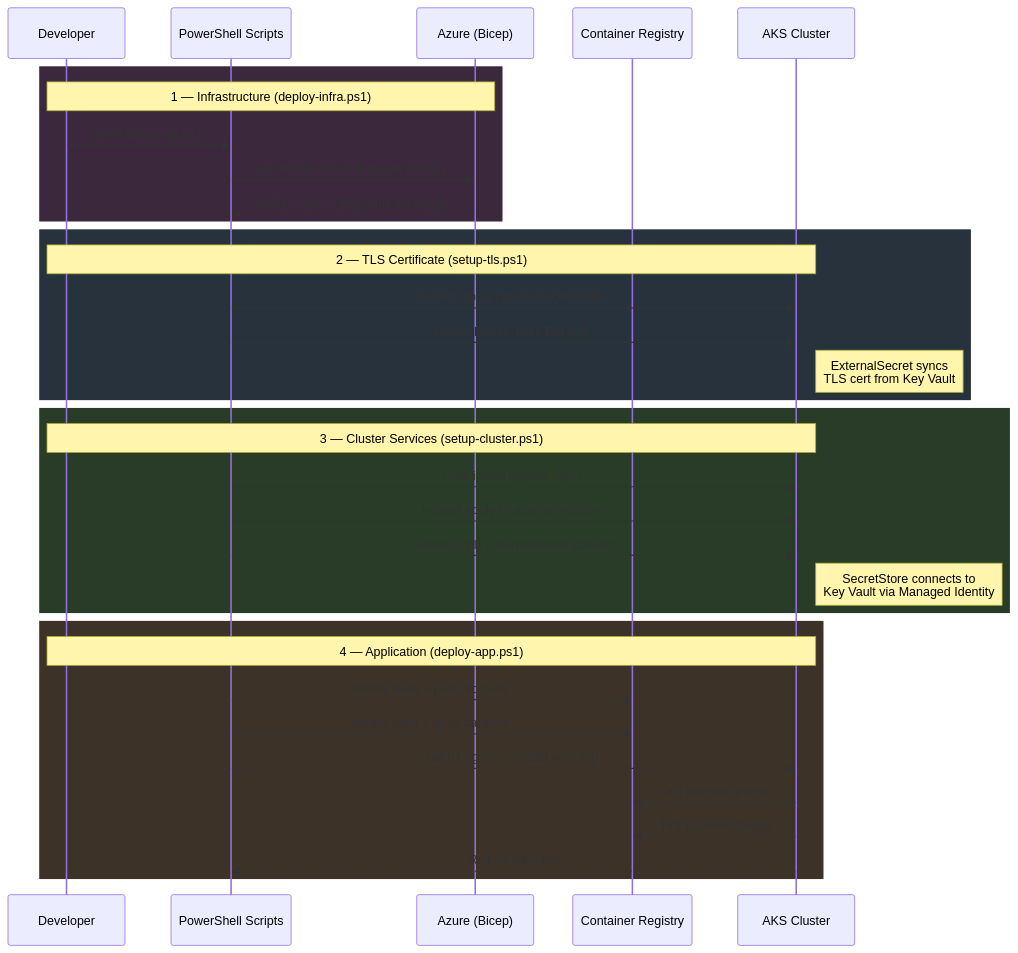
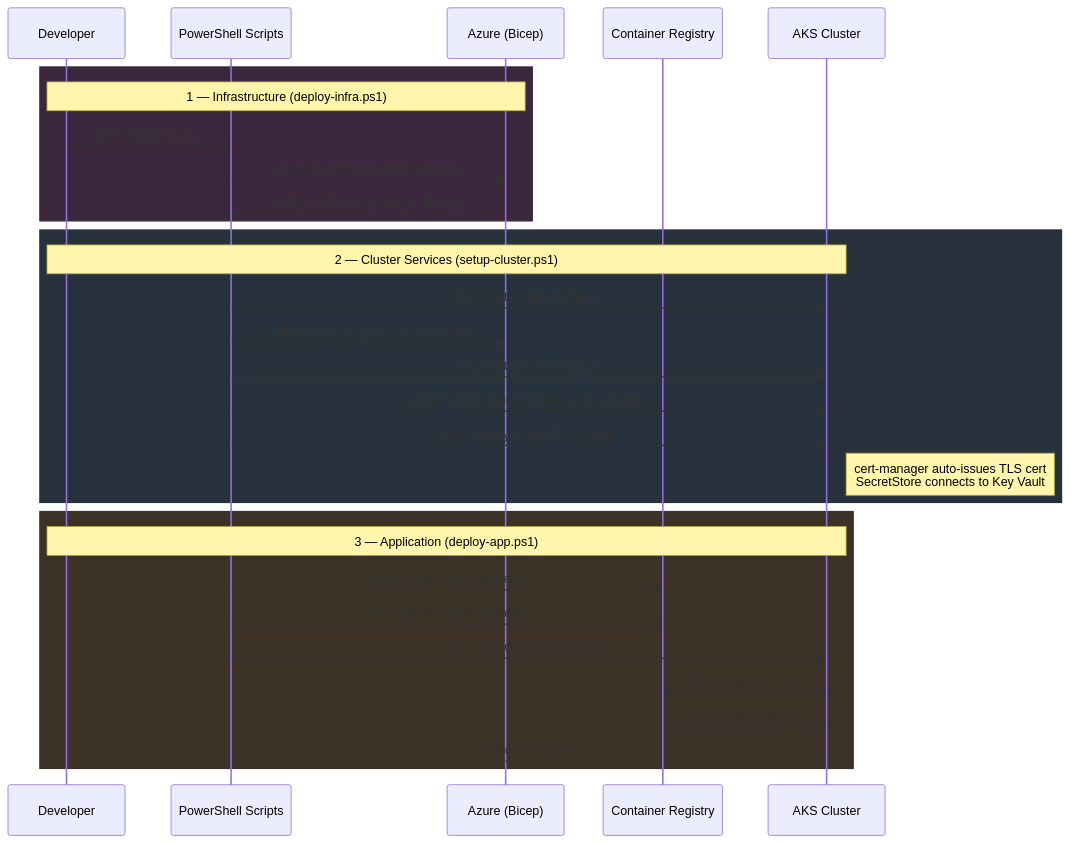
Before and after one commit to jagasafari/longevity: the second of 3 diagrams in infra/README.md, drawn with Mermaid. The commit also changed other lines of this file and 9 other files, not shown here.

````diff
--- a/infra/README.md
+++ b/infra/README.md
@@ -50,44 +50,38 @@
 ```mermaid
 sequenceDiagram
     participant Dev as Developer
     participant Script as PowerShell Scripts
     participant Az as Azure (Bicep)
     participant ACR as Container Registry
     participant K8s as AKS Cluster
 
     rect rgb(60, 40, 60)
     Note over Dev,Az: 1 — Infrastructure (deploy-infra.ps1)
 
     Dev->>Script: pwsh deploy-all.ps1
     Script->>Az: az deployment sub create (Bicep)
     Az-->>Script: ACR + AKS + Key Vault + Storage
     end
 
     rect rgb(40, 50, 60)
-    Note over Dev,K8s: 2 — TLS Certificate (setup-tls.ps1)
-
-    Script->>K8s: kubectl apply cert-manager CRDs
-    Script->>K8s: ClusterIssuer (Let's Encrypt)
-    Note right of K8s: ExternalSecret syncs<br/>TLS cert from Key Vault
-    end
-
-    rect rgb(40, 60, 40)
-    Note over Dev,K8s: 3 — Cluster Services (setup-cluster.ps1)
+    Note over Dev,K8s: 2 — Cluster Services (setup-cluster.ps1)
 
     Script->>K8s: helm install ingress-nginx
+    Script->>Az: az network public-ip update (DNS label)
+    Script->>K8s: helm install cert-manager
+    Script->>K8s: kubectl apply ClusterIssuer (Let's Encrypt)
     Script->>K8s: kubectl apply ClusterSecretStore
-    Script->>K8s: kubectl apply ExternalSecret (OAuth)
-    Note right of K8s: SecretStore connects to<br/>Key Vault via Managed Identity
+    Note right of K8s: cert-manager auto-issues TLS cert<br/>SecretStore connects to Key Vault
     end
 
     rect rgb(60, 50, 40)
-    Note over Dev,K8s: 4 — Application (deploy-app.ps1)
+    Note over Dev,K8s: 3 — Application (deploy-app.ps1)
 
     Script->>ACR: docker build + push frontend
     Script->>ACR: docker build + push backend
     Script->>K8s: helm upgrade --install web-app
     K8s->>ACR: Pull frontend image
     K8s->>ACR: Pull backend image
     K8s-->>Script: Rollout complete
     end
 ```
````
